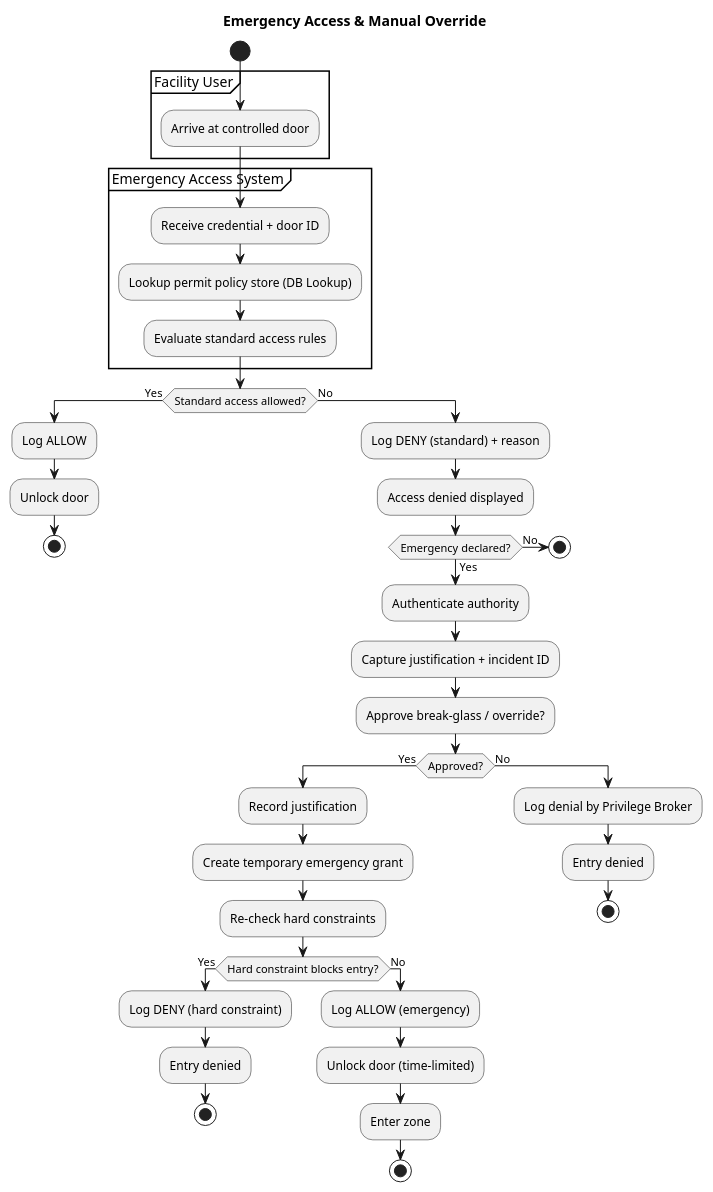
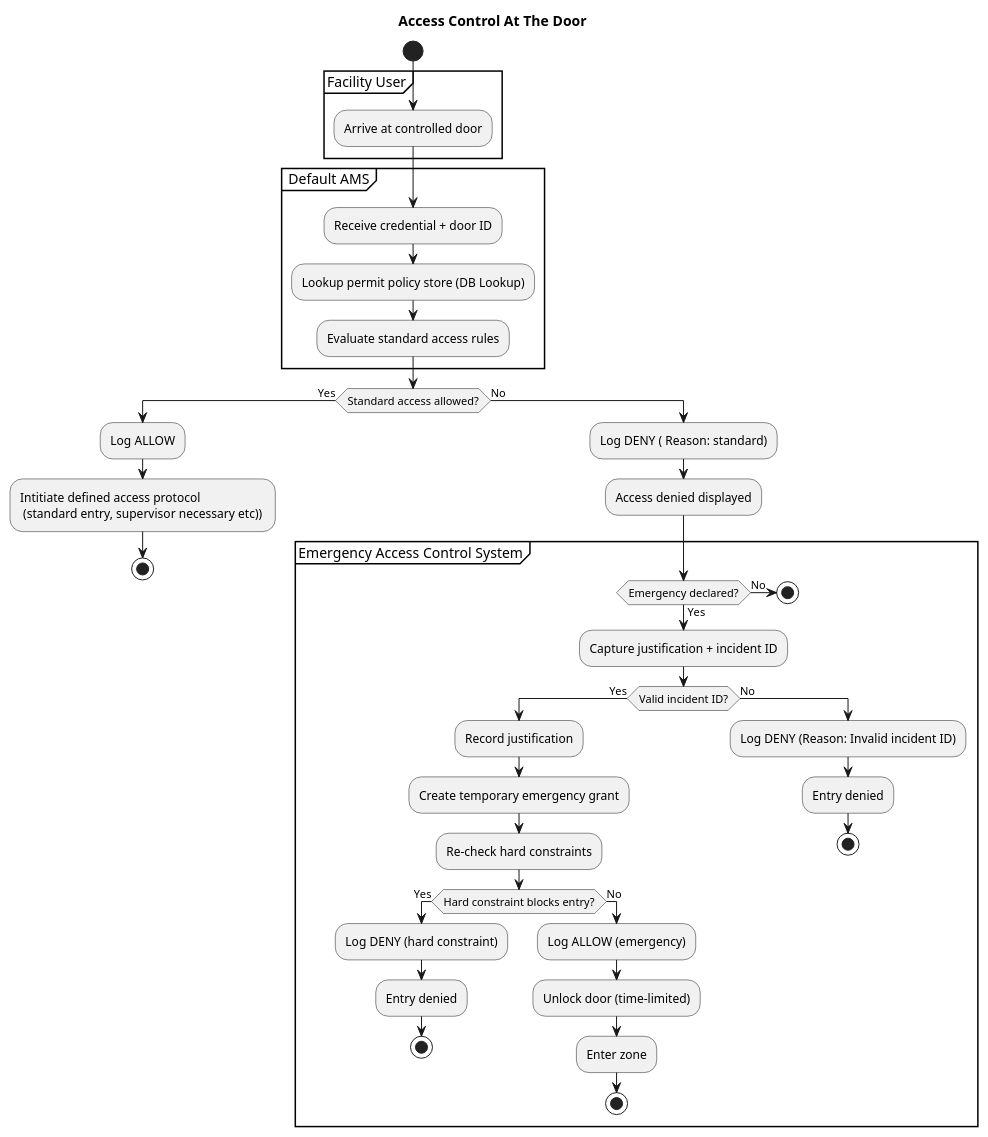
The diagram in activityDiagram.puml (AsadYezdan-School/IOT542AccessControl), drawn with PlantUML before and after one commit.

Commit message:
will continue working in the car

```diff
--- a/activityDiagram.puml
+++ b/activityDiagram.puml
@@ -1,60 +1,60 @@
 @startuml
 start
 !pragma useVerticalIf on
 skinparam linetype ortho
 skinparam shadowing false
 
-title Emergency Access & Manual Override
+title Access Control At The Door
 
 partition "Facility User" {
   :Arrive at controlled door;
 }
 
-partition "Emergency Access System" {
+partition " Default AMS" {
   :Receive credential + door ID;
   :Lookup permit policy store (DB Lookup);
   :Evaluate standard access rules;
 
 }
 
 if (Standard access allowed?) then (Yes)
   :Log ALLOW;
-  :Unlock door;
+  :Intitiate defined access protocol \n (standard entry, supervisor necessary etc)) ;
   stop
 else (No)
-  :Log DENY (standard) + reason;
+  :Log DENY ( Reason: standard);
   :Access denied displayed;
+  partition "Emergency Access Control System"{
+  if (Emergency declared?) then (Yes)
+    :Capture justification + incident ID;
 
-  if (Emergency declared?) then (Yes)
-    :Authenticate authority;
-    :Capture justification + incident ID;
-    :Approve break-glass / override?;
-
-    if (Approved?) then (Yes)
+    if (Valid incident ID?) then (Yes)
       :Record justification;
       :Create temporary emergency grant;
       :Re-check hard constraints;
 
       if (Hard constraint blocks entry?) then (Yes)
         :Log DENY (hard constraint);
         :Entry denied;
         stop
       else (No)
         :Log ALLOW (emergency);
         :Unlock door (time-limited);
         :Enter zone;
         stop
       endif
 
+
     else (No)
-      :Log denial by Privilege Broker;
+      :Log DENY (Reason: Invalid incident ID);
       :Entry denied;
       stop
     endif
 
   else (No)
     stop
   endif
+  }
 endif
 
 @enduml
```
